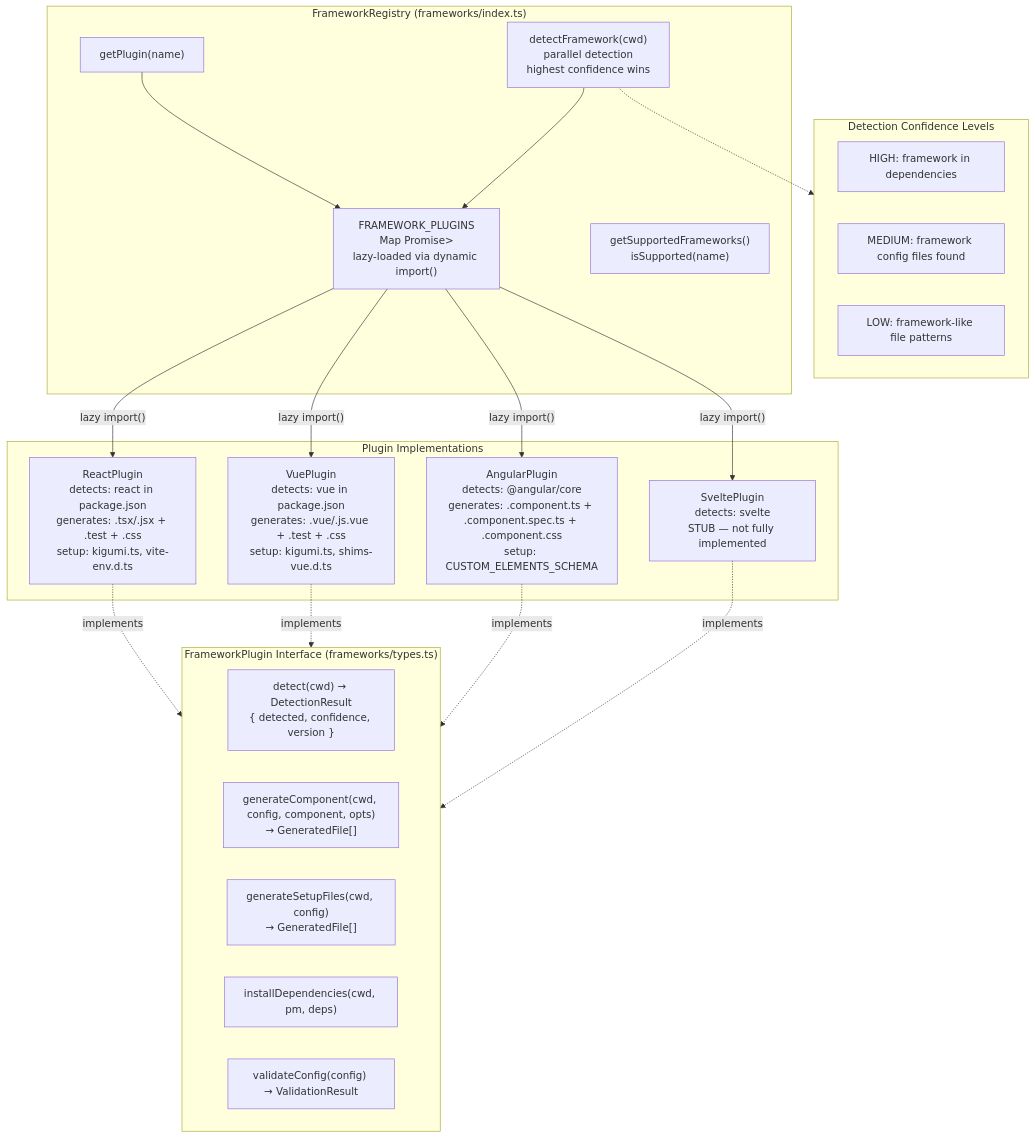
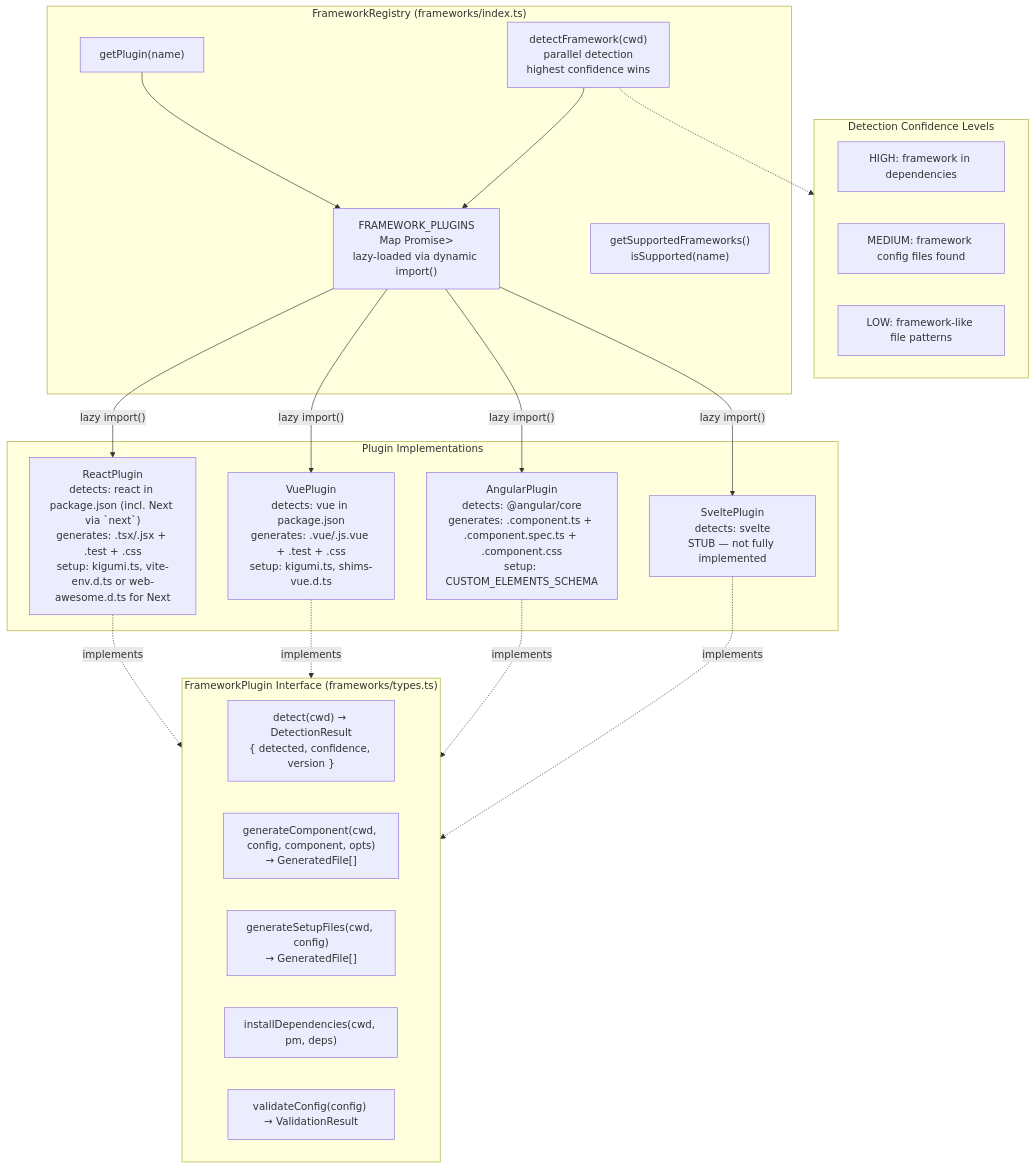
One commit to kigumi-ui/kigumi-cli changed the fourth of 5 diagrams in AGENTS.md. Above: the diagram before and after it, drawn with Mermaid. The commit also changed other lines of this file and 3 other files, not shown here.

````diff
--- a/AGENTS.md
+++ b/AGENTS.md
@@ -607,36 +618,36 @@
 ```mermaid
 flowchart TB
     subgraph Interface["FrameworkPlugin Interface (frameworks/types.ts)"]
         detect["detect(cwd) → DetectionResult\n{ detected, confidence, version }"]
         generate["generateComponent(cwd, config, component, opts)\n→ GeneratedFile[]"]
         setup["generateSetupFiles(cwd, config)\n→ GeneratedFile[]"]
         install["installDependencies(cwd, pm, deps)"]
         validate["validateConfig(config) → ValidationResult"]
     end
 
     subgraph Registry["FrameworkRegistry (frameworks/index.ts)"]
         MAP["FRAMEWORK_PLUGINS\nMap<string, () => Promise<Plugin>>\nlazy-loaded via dynamic import()"]
         getPlugin["getPlugin(name)"]
         detectFW["detectFramework(cwd)\nparallel detection\nhighest confidence wins"]
         supported["getSupportedFrameworks()\nisSupported(name)"]
     end
 
     subgraph Plugins["Plugin Implementations"]
-        R["ReactPlugin\ndetects: react in package.json\ngenerates: .tsx/.jsx + .test + .css\nsetup: kigumi.ts, vite-env.d.ts"]
+        R["ReactPlugin\ndetects: react in package.json (incl. Next via `next`)\ngenerates: .tsx/.jsx + .test + .css\nsetup: kigumi.ts, vite-env.d.ts or web-awesome.d.ts for Next"]
         V["VuePlugin\ndetects: vue in package.json\ngenerates: .vue/.js.vue + .test + .css\nsetup: kigumi.ts, shims-vue.d.ts"]
         A["AngularPlugin\ndetects: @angular/core\ngenerates: .component.ts + .component.spec.ts + .component.css\nsetup: CUSTOM_ELEMENTS_SCHEMA"]
         S["SveltePlugin\ndetects: svelte\nSTUB — not fully implemented"]
     end
 
     subgraph Detection["Detection Confidence Levels"]
         HIGH["HIGH: framework in dependencies"]
         MED["MEDIUM: framework config files found"]
         LOW["LOW: framework-like file patterns"]
     end
 
     MAP -->|"lazy import()"| R & V & A & S
     R & V & A & S -.->|"implements"| Interface
     getPlugin --> MAP
     detectFW --> MAP
     detectFW -.-> Detection
 ```
````
